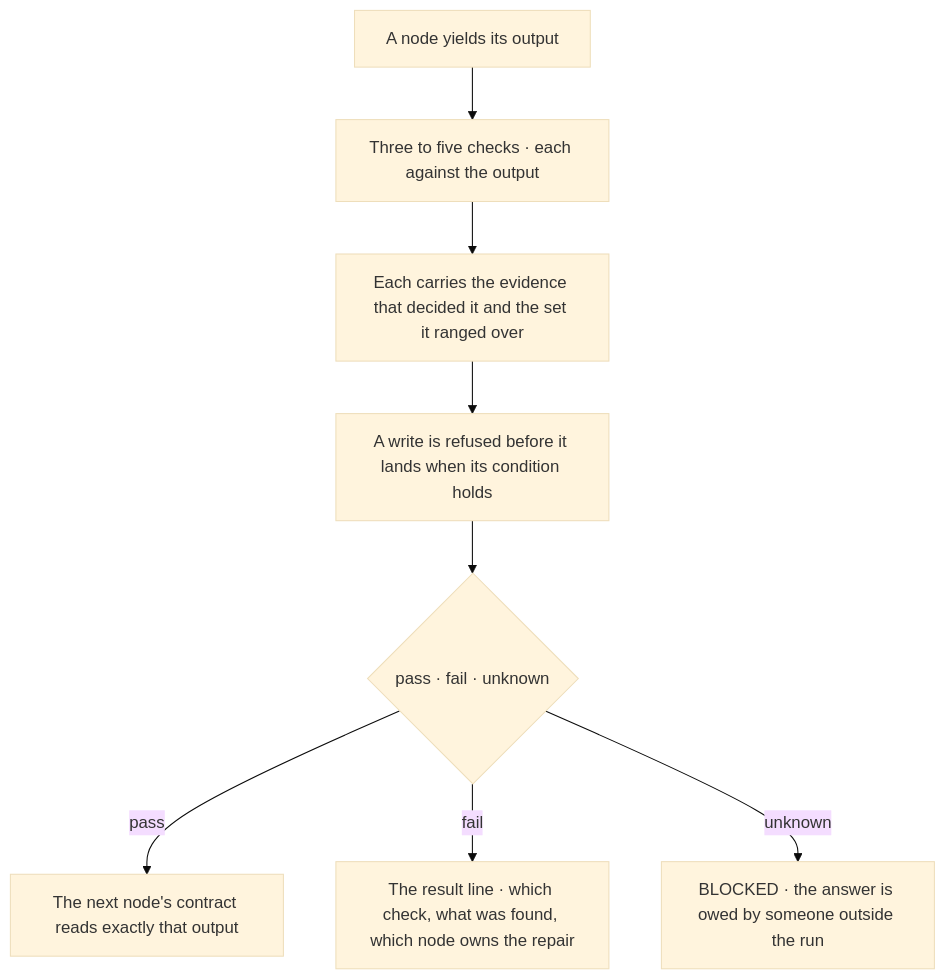
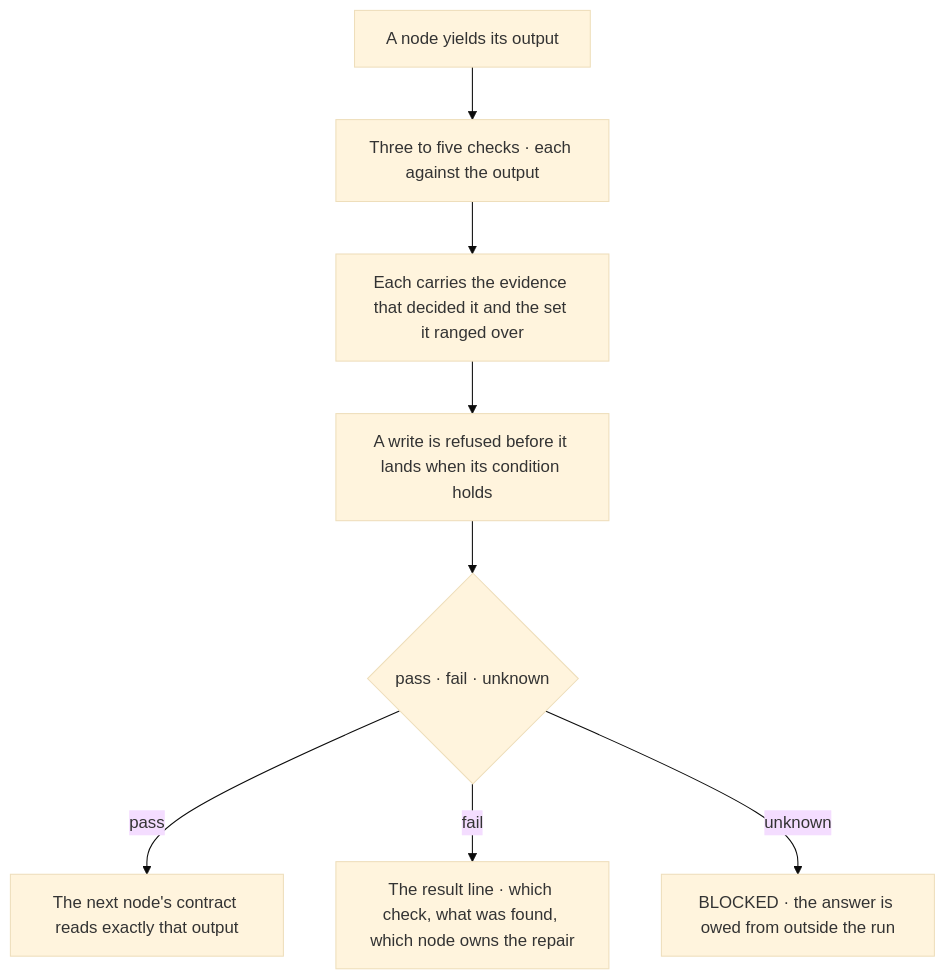
One commit to Varietyz/Disciplined-AI-Software-Development changed the first of 4 diagrams in pag/VALIDATION.md. Above: the diagram before and after it, drawn with Mermaid (base theme). The commit also changed other lines of this file and 25 other files, not shown here.

````diff
--- a/pag/VALIDATION.md
+++ b/pag/VALIDATION.md
@@ -75,15 +77,15 @@
 ```mermaid
 flowchart TB
 node["A node yields its output"]
 conditions["Three to five checks · each against the output"]
 evidence["Each carries the evidence that decided it and the set it ranged over"]
 refuse["A write is refused before it lands when its condition holds"]
 verdict{"pass · fail · unknown"}
 next["The next node's contract reads exactly that output"]
 action["The result line · which check, what was found, which node owns the repair"]
-blocked["BLOCKED · the answer is owed by someone outside the run"]
+blocked["BLOCKED · the answer is owed from outside the run"]
 node --> conditions --> evidence --> refuse --> verdict
 verdict -- pass --> next
 verdict -- fail --> action
 verdict -- unknown --> blocked
 ```
````
